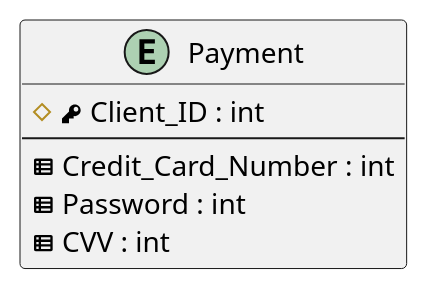
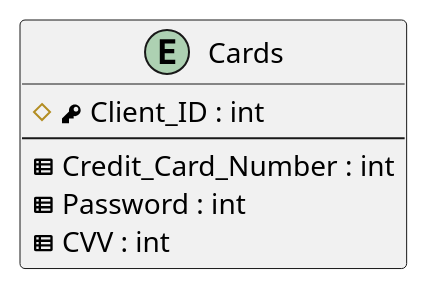
The diagram in Labs/Lab1/Tables/Entities/Payment.puml (DmitryVasilkovW/ITMO-Database-design-labs-4-sem), drawn with PlantUML before and after one commit. The commit also changed 13 other files, not shown here.

```diff
--- a/Labs/Lab1/Tables/Entities/Payment.puml
+++ b/Labs/Lab1/Tables/Entities/Payment.puml
@@ -1,10 +1,10 @@
 @startuml
-entity "Payment" as payment
+entity "Cards" as payment
 {
   #<&key> Client_ID : int
   --
   <&spreadsheet> Credit_Card_Number : int
   <&spreadsheet> Password : int
   <&spreadsheet> CVV : int
 }
 @enduml
```
